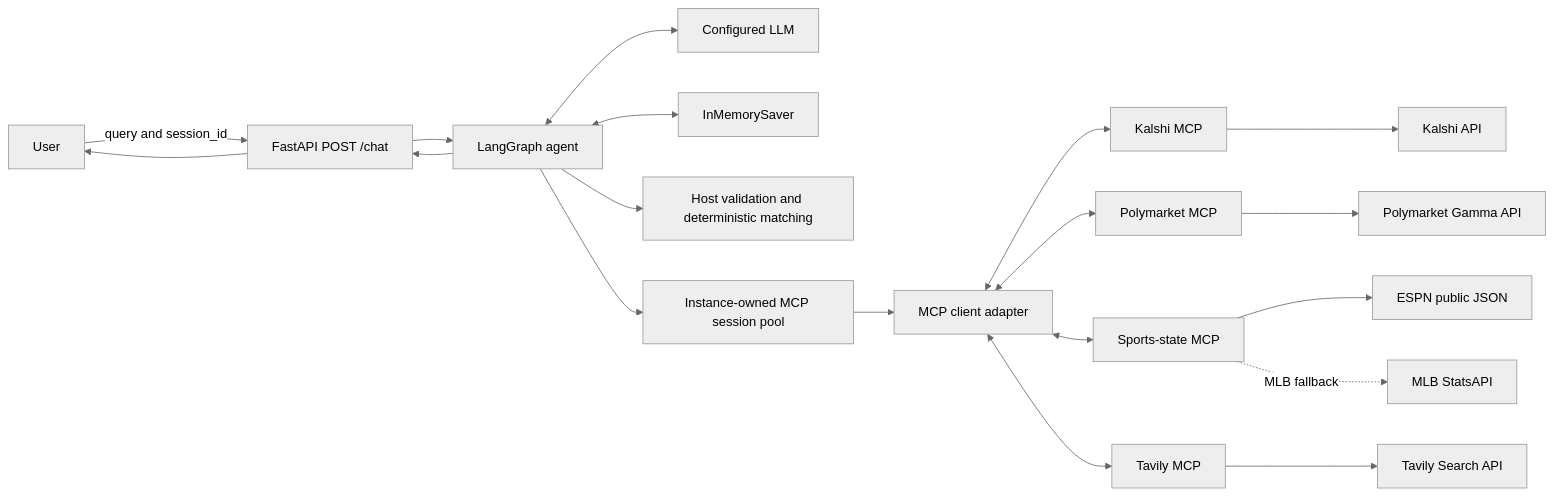
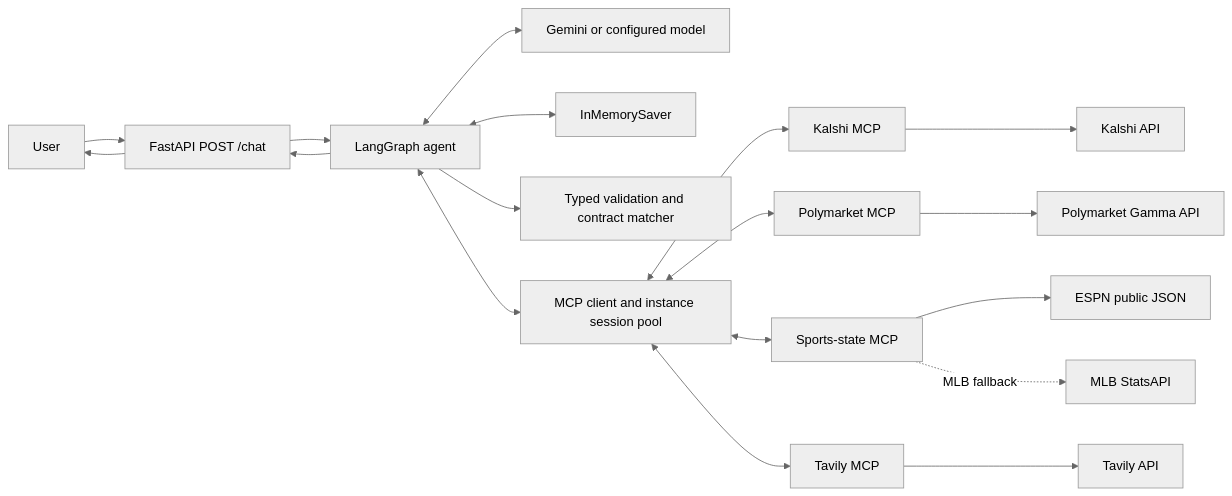
Before and after one commit to waderylan/prediction-market-agent: the first of 3 diagrams in README.md, drawn with Mermaid (neutral theme). The commit also changed other lines of this file and 1 other file, not shown here.

First line of the commit message:
Rewrite README around evidence-checked sports research

````diff
--- a/README.md
+++ b/README.md
@@ -302,21 +171,20 @@
 ```mermaid
 flowchart LR
-    U[User] -->|query and session_id| F[FastAPI POST /chat]
-    F --> G[LangGraph agent]
-    G <--> L[Configured LLM]
+    U[User] --> API[FastAPI POST /chat]
+    API --> G[LangGraph agent]
+    G <--> L[Gemini or configured model]
     G <--> M[InMemorySaver]
-    G --> V[Host validation and deterministic matching]
-    G --> MP[Instance-owned MCP session pool]
-    MP --> A[MCP client adapter]
-    A <--> K[Kalshi MCP]
-    A <--> P[Polymarket MCP]
-    A <--> S[Sports-state MCP]
-    A <--> T[Tavily MCP]
+    G --> V[Typed validation and contract matcher]
+    G <--> C[MCP client and instance session pool]
+    C <--> K[Kalshi MCP]
+    C <--> P[Polymarket MCP]
+    C <--> S[Sports-state MCP]
+    C <--> T[Tavily MCP]
     K --> KA[Kalshi API]
     P --> PA[Polymarket Gamma API]
-    S --> ESPN[ESPN public JSON]
-    S -. MLB fallback .-> MLB[MLB StatsAPI]
-    T --> TA[Tavily Search API]
-    G --> F
-    F --> U
+    S --> E[ESPN public JSON]
+    S -. MLB fallback .-> B[MLB StatsAPI]
+    T --> TA[Tavily API]
+    G --> API
+    API --> U
 ```
````
